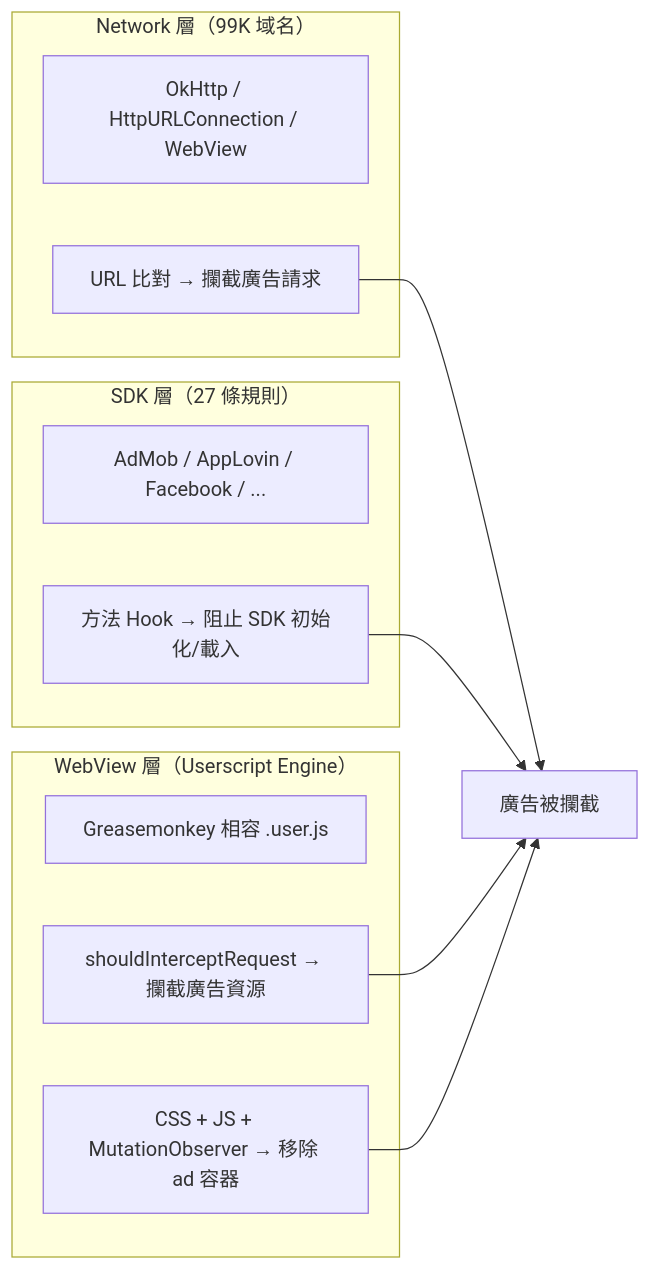
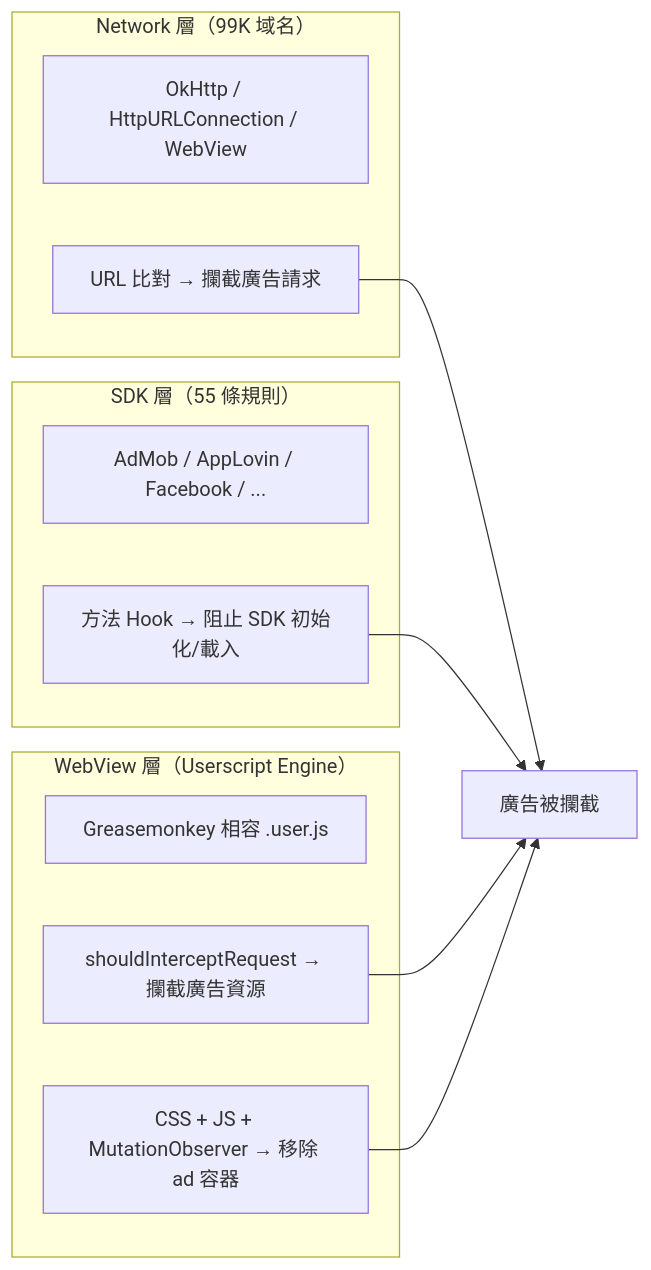
One commit to tzyyung/AdSweep changed the third of 3 diagrams in README.md. Above: the diagram before and after it, drawn with Mermaid. The commit also changed other lines of this file and 4 other files, not shown here.

````diff
--- a/README.md
+++ b/README.md
@@ -155,23 +155,23 @@
 ```mermaid
 graph LR
     subgraph L0["Network 層（99K 域名）"]
         N1["OkHttp / HttpURLConnection / WebView"]
         N2["URL 比對 → 攔截廣告請求"]
     end
 
-    subgraph L1["SDK 層（27 條規則）"]
+    subgraph L1["SDK 層（55 條規則）"]
         S1["AdMob / AppLovin / Facebook / ..."]
         S2["方法 Hook → 阻止 SDK 初始化/載入"]
     end
 
     subgraph L3["WebView 層（Userscript Engine）"]
         B1["Greasemonkey 相容 .user.js"]
         B2["shouldInterceptRequest → 攔截廣告資源"]
         B3["CSS + JS + MutationObserver → 移除 ad 容器"]
     end
 
     N2 --> R["廣告被攔截"]
     S2 --> R
     B2 --> R
     B3 --> R
 ```
````
